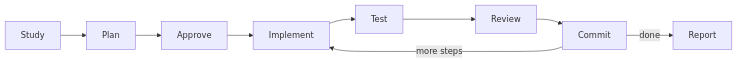
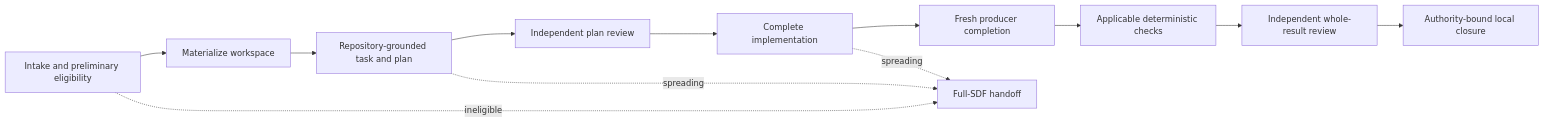
Before and after one commit to moira-mcp/moira: the diagram in packages/docs/src/content/docs/docs/reference/workflows/software-development-lite.mdx, drawn with Mermaid. The commit also changed other lines of this file and 19 other files, not shown here.

````diff
--- a/packages/docs/src/content/docs/docs/reference/workflows/software-development-lite.mdx
+++ b/packages/docs/src/content/docs/docs/reference/workflows/software-development-lite.mdx
@@ -22,6 +27,14 @@
 ```mermaid
 flowchart LR
-    A[Study] --> B[Plan] --> C[Approve] --> D[Implement] --> E[Test] --> F[Review] --> G[Commit]
-    G -->|more steps| D
-    G -->|done| H[Report]
+    A[Intake and preliminary eligibility] --> B[Materialize workspace]
+    B --> C[Repository-grounded task and plan]
+    C --> D[Independent plan review]
+    D --> E[Complete implementation]
+    E --> F[Fresh producer completion]
+    F --> G[Applicable deterministic checks]
+    G --> H[Independent whole-result review]
+    H --> I[Authority-bound local closure]
+    A -. ineligible .-> J[Full-SDF handoff]
+    C -. spreading .-> J
+    E -. spreading .-> J
 ```
````
